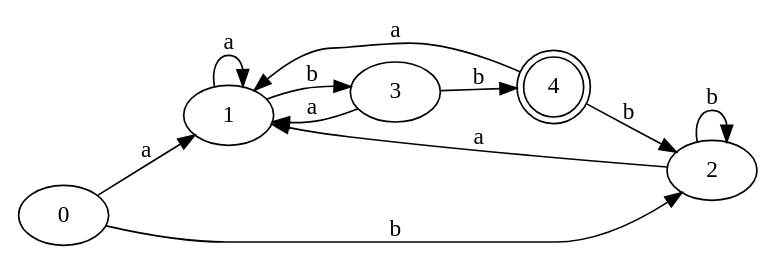
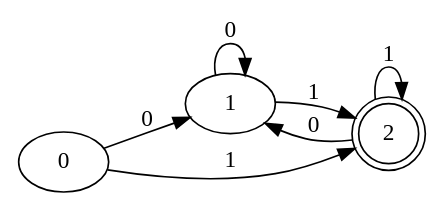
Before and after one commit to rmonzon98/Dise-o-de-lenguajes: the diagram in graficas/Subconjuntos.gv, drawn with Graphviz. The commit also changed 13 other files, not shown here.

```diff
--- a/graficas/Subconjuntos.gv
+++ b/graficas/Subconjuntos.gv
@@ -1,18 +1,12 @@
 digraph Automata {
 	rankdir=LR
 	0 [label=0]
 	1 [label=1]
-	2 [label=2]
-	3 [label=3]
-	4 [label=4 shape=doublecircle]
-	0 -> 1 [label=a]
-	0 -> 2 [label=b]
-	1 -> 1 [label=a]
-	1 -> 3 [label=b]
-	2 -> 1 [label=a]
-	2 -> 2 [label=b]
-	3 -> 1 [label=a]
-	3 -> 4 [label=b]
-	4 -> 1 [label=a]
-	4 -> 2 [label=b]
+	2 [label=2 shape=doublecircle]
+	0 -> 1 [label=0]
+	0 -> 2 [label=1]
+	1 -> 1 [label=0]
+	1 -> 2 [label=1]
+	2 -> 1 [label=0]
+	2 -> 2 [label=1]
 }
```
